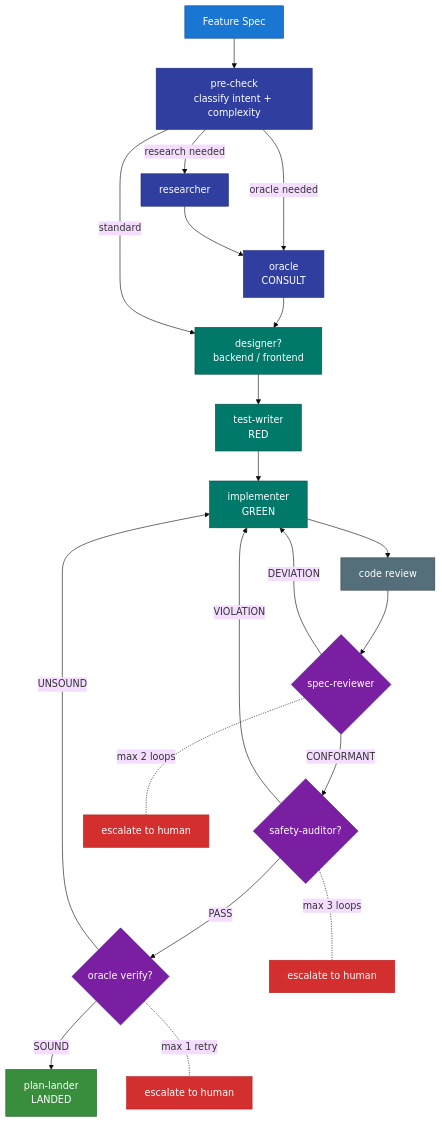
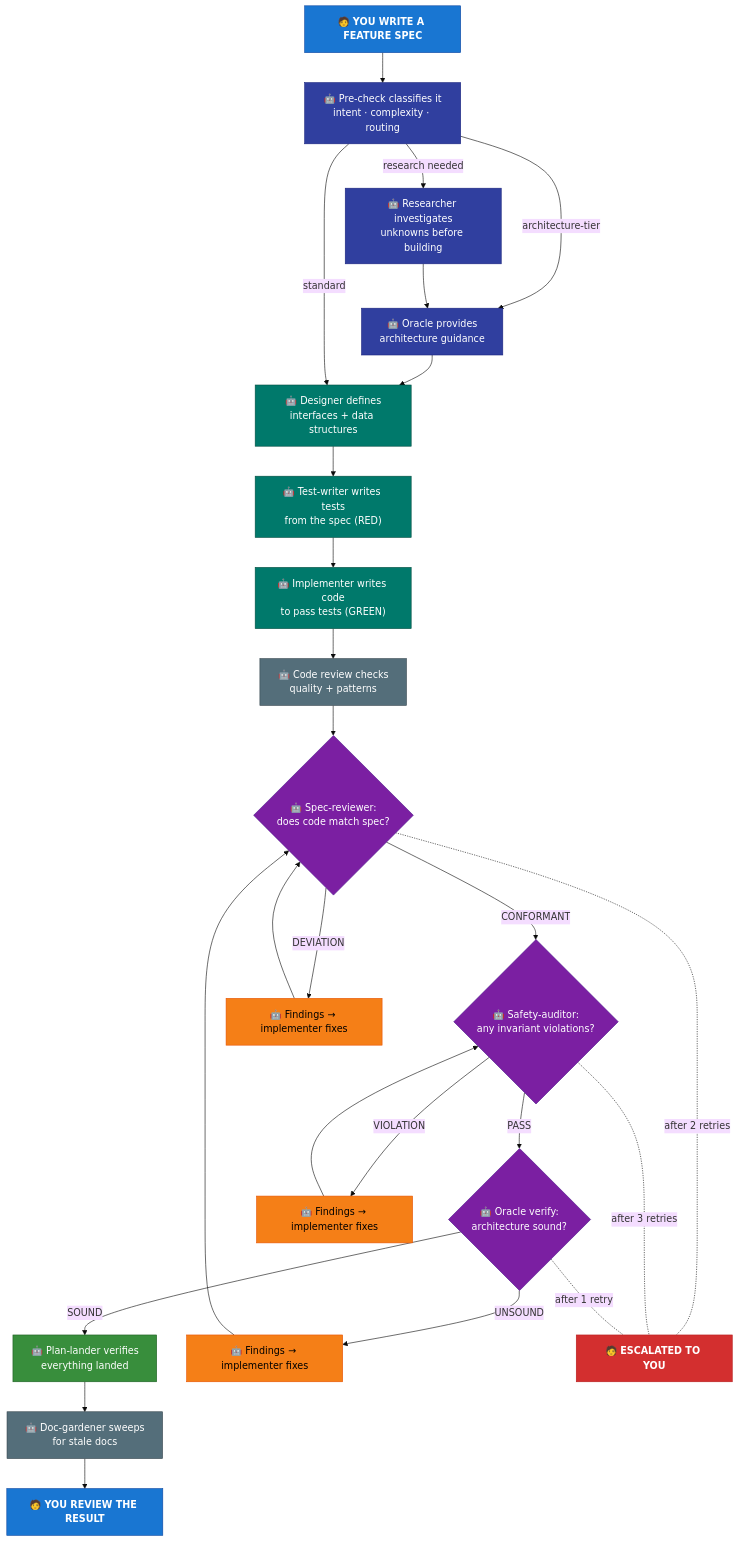
Before and after one commit to TejGandham/keel: the first of 5 diagrams in docs/HOW-IT-WORKS.md, drawn with Mermaid (base theme). The commit also changed other lines of this file and 1 other file, not shown here.

First line of the commit message:
docs: prominent human nodes, garbage collection knowledge loop

````diff
--- a/docs/HOW-IT-WORKS.md
+++ b/docs/HOW-IT-WORKS.md
@@ -9,39 +11,47 @@
 ```mermaid
 graph TD
-    Spec[Feature Spec] --> PC[pre-check<br/>classify intent + complexity]
-    PC -->|research needed| R[researcher]
-    PC -->|oracle needed| OC[oracle<br/>CONSULT]
+    Spec["🧑 <b>YOU WRITE A FEATURE SPEC</b>"] --> PC["🤖 Pre-check classifies it<br/>intent · complexity · routing"]
+    PC -->|"research needed"| R["🤖 Researcher investigates<br/>unknowns before building"]
+    PC -->|"architecture-tier"| OC["🤖 Oracle provides<br/>architecture guidance"]
     R --> OC
-    OC --> D[designer?<br/>backend / frontend]
-    PC -->|standard| D
-    D --> TW[test-writer<br/>RED]
-    TW --> IMP[implementer<br/>GREEN]
-    IMP --> CR[code review]
-    CR --> SR{spec-reviewer}
-    SR -->|CONFORMANT| SA{safety-auditor?}
-    SR -->|DEVIATION| IMP
-    SA -->|PASS| OV{oracle verify?}
-    SA -->|VIOLATION| IMP
-    OV -->|SOUND| PL[plan-lander<br/>LANDED]
-    OV -->|UNSOUND| IMP
+    OC --> D["🤖 Designer defines<br/>interfaces + data structures"]
+    PC -->|"standard"| D
+    D --> TW["🤖 Test-writer writes tests<br/>from the spec (RED)"]
+    TW --> IMP["🤖 Implementer writes code<br/>to pass tests (GREEN)"]
+    IMP --> CR["🤖 Code review checks<br/>quality + patterns"]
+    CR --> SR{"🤖 Spec-reviewer:<br/>does code match spec?"}
+    SR -->|"CONFORMANT"| SA{"🤖 Safety-auditor:<br/>any invariant violations?"}
+    SR -->|"DEVIATION"| FIX1["🤖 Findings → implementer fixes"]
+    FIX1 --> SR
+    SA -->|"PASS"| OV{"🤖 Oracle verify:<br/>architecture sound?"}
+    SA -->|"VIOLATION"| FIX2["🤖 Findings → implementer fixes"]
+    FIX2 --> SA
+    OV -->|"SOUND"| PL["🤖 Plan-lander verifies<br/>everything landed"]
+    OV -->|"UNSOUND"| FIX3["🤖 Findings → implementer fixes"]
+    FIX3 --> SR
+    PL --> GC["🤖 Doc-gardener sweeps<br/>for stale docs"]
+    GC --> PR["🧑 <b>YOU REVIEW THE RESULT</b>"]
 
-    SR -.-|max 2 loops| ESC1[escalate to human]
-    SA -.-|max 3 loops| ESC2[escalate to human]
-    OV -.-|max 1 retry| ESC3[escalate to human]
+    SR -.-|"after 2 retries"| ESC["🧑 <b>ESCALATED TO YOU</b>"]
+    SA -.-|"after 3 retries"| ESC
+    OV -.-|"after 1 retry"| ESC
 
     style Spec fill:#1976D2,stroke:#0D47A1,color:#fff
     style PC fill:#303F9F,stroke:#1A237E,color:#fff
     style R fill:#303F9F,stroke:#1A237E,color:#fff
     style OC fill:#303F9F,stroke:#1A237E,color:#fff
     style D fill:#00796B,stroke:#004D40,color:#fff
     style TW fill:#00796B,stroke:#004D40,color:#fff
     style IMP fill:#00796B,stroke:#004D40,color:#fff
     style CR fill:#546E7A,stroke:#37474F,color:#fff
     style SR fill:#7B1FA2,stroke:#4A148C,color:#fff
     style SA fill:#7B1FA2,stroke:#4A148C,color:#fff
     style OV fill:#7B1FA2,stroke:#4A148C,color:#fff
+    style FIX1 fill:#F57F17,stroke:#E65100,color:#000
+    style FIX2 fill:#F57F17,stroke:#E65100,color:#000
+    style FIX3 fill:#F57F17,stroke:#E65100,color:#000
     style PL fill:#388E3C,stroke:#1B5E20,color:#fff
-    style ESC1 fill:#D32F2F,stroke:#B71C1C,color:#fff
-    style ESC2 fill:#D32F2F,stroke:#B71C1C,color:#fff
-    style ESC3 fill:#D32F2F,stroke:#B71C1C,color:#fff
+    style GC fill:#546E7A,stroke:#37474F,color:#fff
+    style PR fill:#1976D2,stroke:#0D47A1,color:#fff
+    style ESC fill:#D32F2F,stroke:#B71C1C,color:#fff
 ```
````
